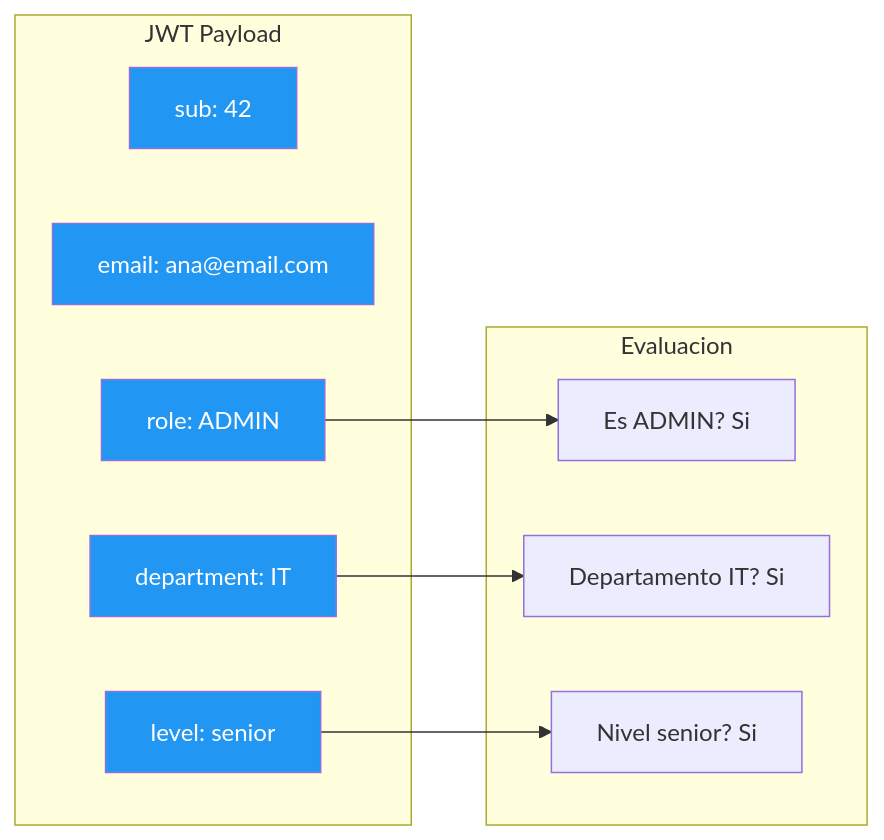
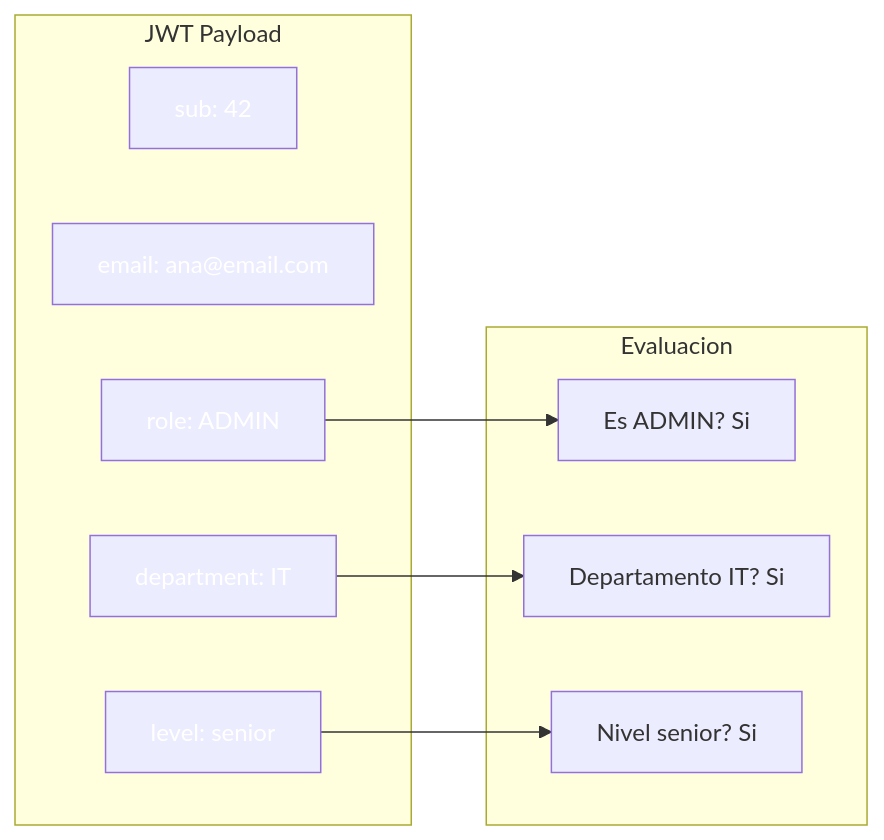
The eighth of 14 diagrams in 17-autorizacion.md (joseluisgs/DesarrolloWebEntornosServidor-02-2026-2027), drawn with Mermaid before and after one commit. The commit also changed other lines of this file and 41 other files, not shown here.

````diff
--- a/17-autorizacion.md
+++ b/17-autorizacion.md
@@ -291,26 +291,26 @@
 ```mermaid
 flowchart LR
     subgraph "JWT Payload"
         C1["sub: 42"]
         C2["email: ana@email.com"]
         C3["role: ADMIN"]
         C4["department: IT"]
         C5["level: senior"]
     end
 
     subgraph "Evaluacion"
         A1["Es ADMIN? Si"]
         A2["Departamento IT? Si"]
         A3["Nivel senior? Si"]
     end
 
     C3 --> A1
     C4 --> A2
     C5 --> A3
 
-    style C1 fill:#2196F3,color:#fff
-    style C2 fill:#2196F3,color:#fff
-    style C3 fill:#2196F3,color:#fff
-    style C4 fill:#2196F3,color:#fff
-    style C5 fill:#2196F3,color:#fff
+    style C1 fill:#2196F,color:#fff3,color:#fff
+    style C2 fill:#2196F,color:#fff3,color:#fff
+    style C3 fill:#2196F,color:#fff3,color:#fff
+    style C4 fill:#2196F,color:#fff3,color:#fff
+    style C5 fill:#2196F,color:#fff3,color:#fff
 ```
````
